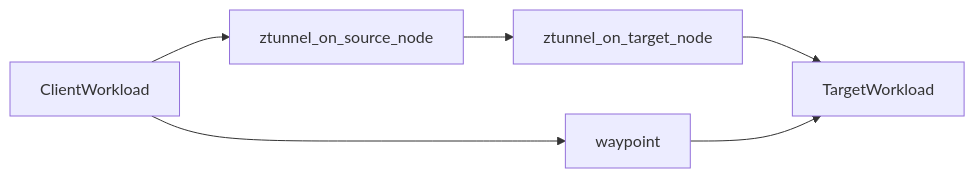
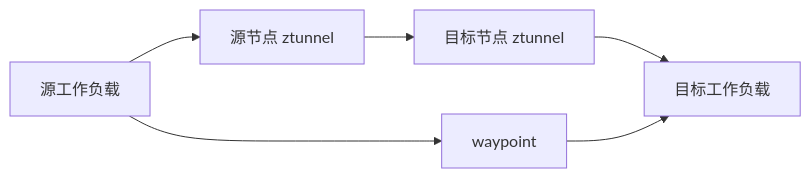
The third of 3 diagrams in k8s/05-security-and-zero-trust/docs/00_security_theory.md (hwang-protocol/docker_k8s_2026), drawn with Mermaid before and after one commit. The commit also changed other lines of this file and 18 other files, not shown here.

````diff
--- a/k8s/05-security-and-zero-trust/docs/00_security_theory.md
+++ b/k8s/05-security-and-zero-trust/docs/00_security_theory.md
@@ -136,9 +136,9 @@
 ```mermaid
 flowchart LR
-    src[ClientWorkload] --> ztunnelSrc[ztunnel_on_source_node]
-    ztunnelSrc --> ztunnelDst[ztunnel_on_target_node]
-    ztunnelDst --> target[TargetWorkload]
+    src[源工作负载] --> ztunnelSrc[源节点 ztunnel]
+    ztunnelSrc --> ztunnelDst[目标节点 ztunnel]
+    ztunnelDst --> target[目标工作负载]
 
     src --> waypoint[waypoint]
     waypoint --> target
 ```
````
